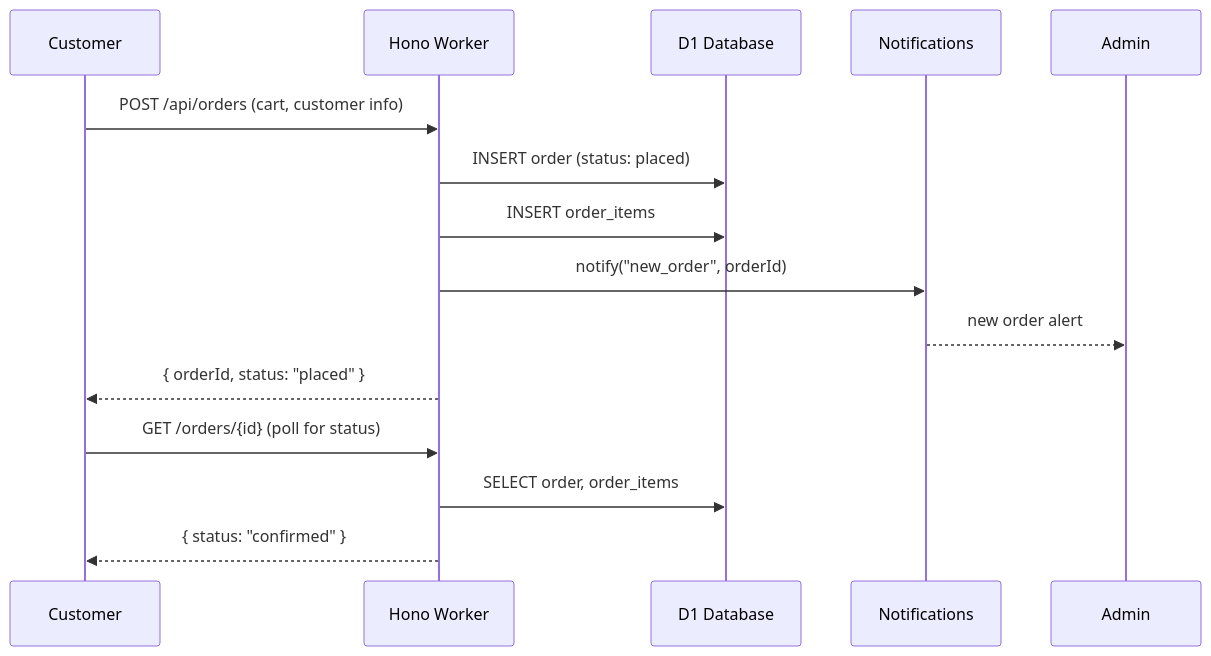
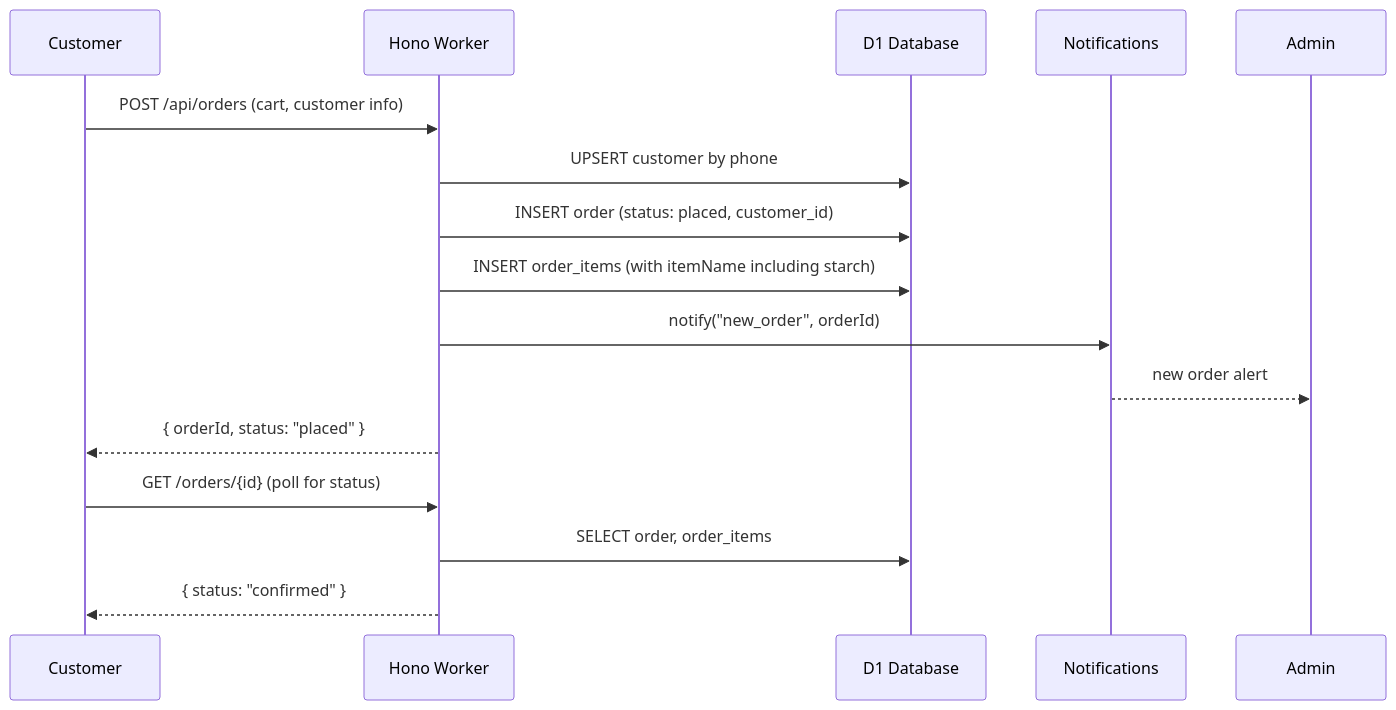
One commit to kenayah/soulFood changed the second of 2 diagrams in docs/architecture.md. Above: the diagram before and after it, drawn with Mermaid. The commit also changed 39 other files, not shown here.

First line of the commit message:
Feature-complete: dynamic menu, customer upsert, cart+checkout, starch picker, admin customers page, public API, docs

````diff
--- a/docs/architecture.md
+++ b/docs/architecture.md
@@ -77,17 +77,18 @@
 ```mermaid
 sequenceDiagram
     participant C as Customer
     participant W as Hono Worker
     participant D1 as D1 Database
     participant N as Notifications
 
     C->>W: POST /api/orders (cart, customer info)
-    W->>D1: INSERT order (status: placed)
-    W->>D1: INSERT order_items
+    W->>D1: UPSERT customer by phone
+    W->>D1: INSERT order (status: placed, customer_id)
+    W->>D1: INSERT order_items (with itemName including starch)
     W->>N: notify("new_order", orderId)
     N-->>Admin: new order alert
     W-->>C: { orderId, status: "placed" }
     C->>W: GET /orders/{id} (poll for status)
     W->>D1: SELECT order, order_items
     W-->>C: { status: "confirmed" }
 ```
````
